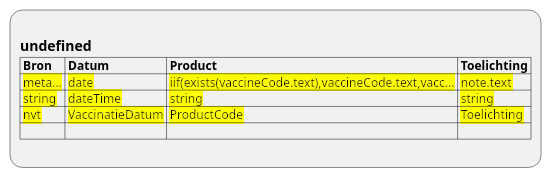
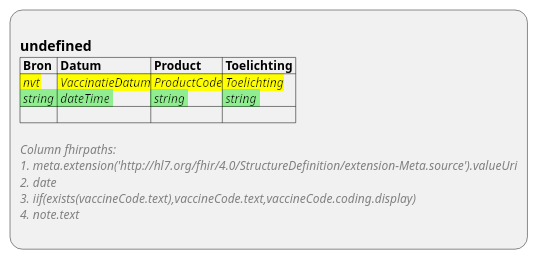
Before and after one commit to RIVO-Noord/zorgviewer-ig: the diagram in input/images-source/ViewDefinition-Immunization.plantuml, drawn with PlantUML. The commit also changed 11 other files, not shown here.

```diff
--- a/input/images-source/ViewDefinition-Immunization.plantuml
+++ b/input/images-source/ViewDefinition-Immunization.plantuml
@@ -1,10 +1,14 @@
 @startuml ViewDefinition-Immunization
 :
 == undefined
 |= Bron |= Datum |= Product |= Toelichting |
-|<back:yellow> meta... |<back:yellow> date |<back:yellow> iif(exists(vaccineCode.text),vaccineCode.text,vacc... |<back:yellow> note.text |
-|<back:yellow> string |<back:yellow> dateTime |<back:yellow> string |<back:yellow> string |
-|<back:yellow> nvt |<back:yellow> VaccinatieDatum |<back:yellow> ProductCode |<back:yellow> Toelichting |
+|<back:yellow> //nvt//\n<back:lightgreen> //string// |<back:yellow> //VaccinatieDatum//\n<back:lightgreen> //dateTime// |<back:yellow> //ProductCode//\n<back:lightgreen> //string// |<back:yellow> //Toelichting//\n<back:lightgreen> //string// |
 | |
+
+<color:gray>//Column fhirpaths://
+<color:gray>//1. meta.extension('http:~//hl7.org/fhir/4.0/StructureDefinition/extension-Meta.source').valueUri//
+<color:gray>//2. date//
+<color:gray>//3. iif(exists(vaccineCode.text),vaccineCode.text,vaccineCode.coding.display)//
+<color:gray>//4. note.text//
 ;
 @enduml
```
